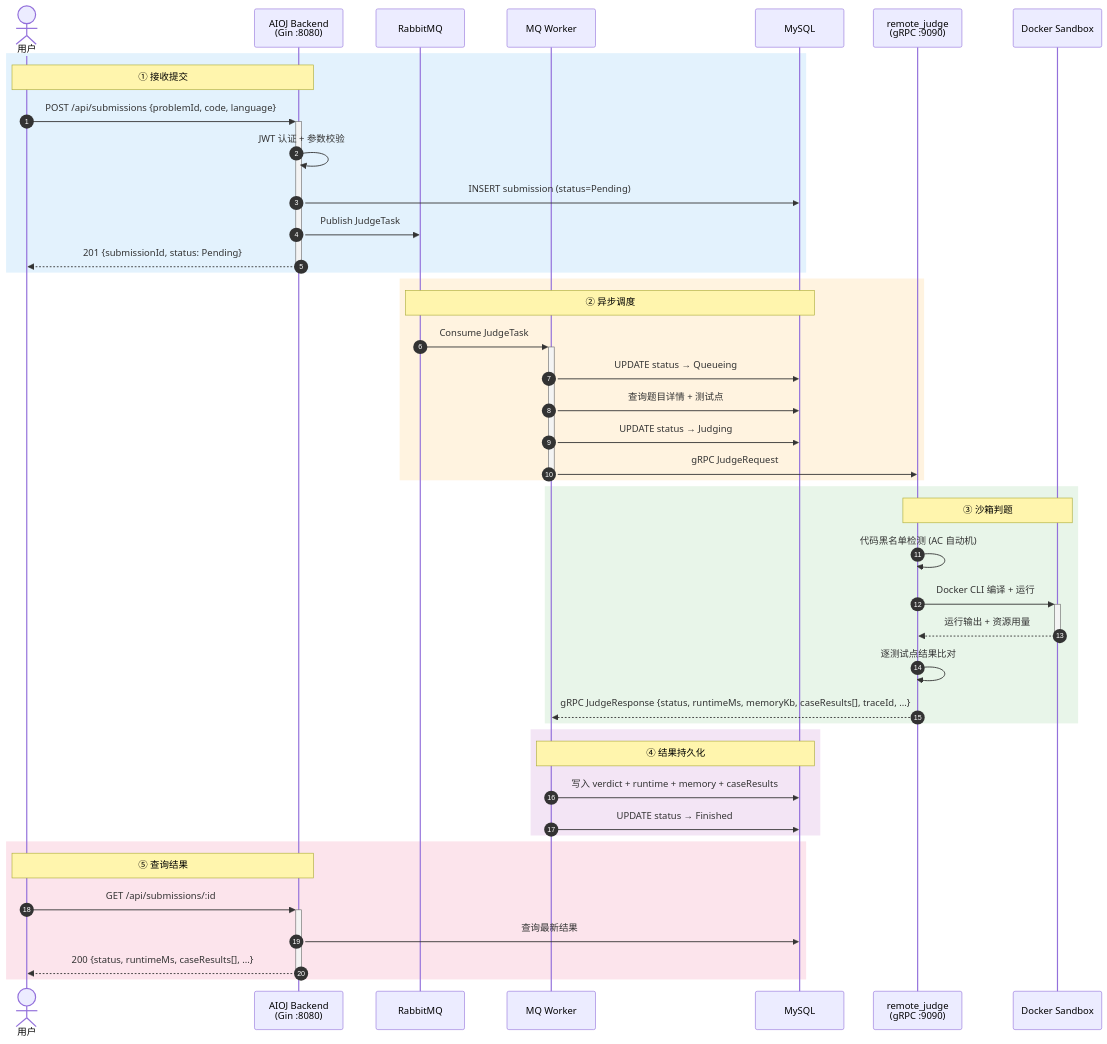
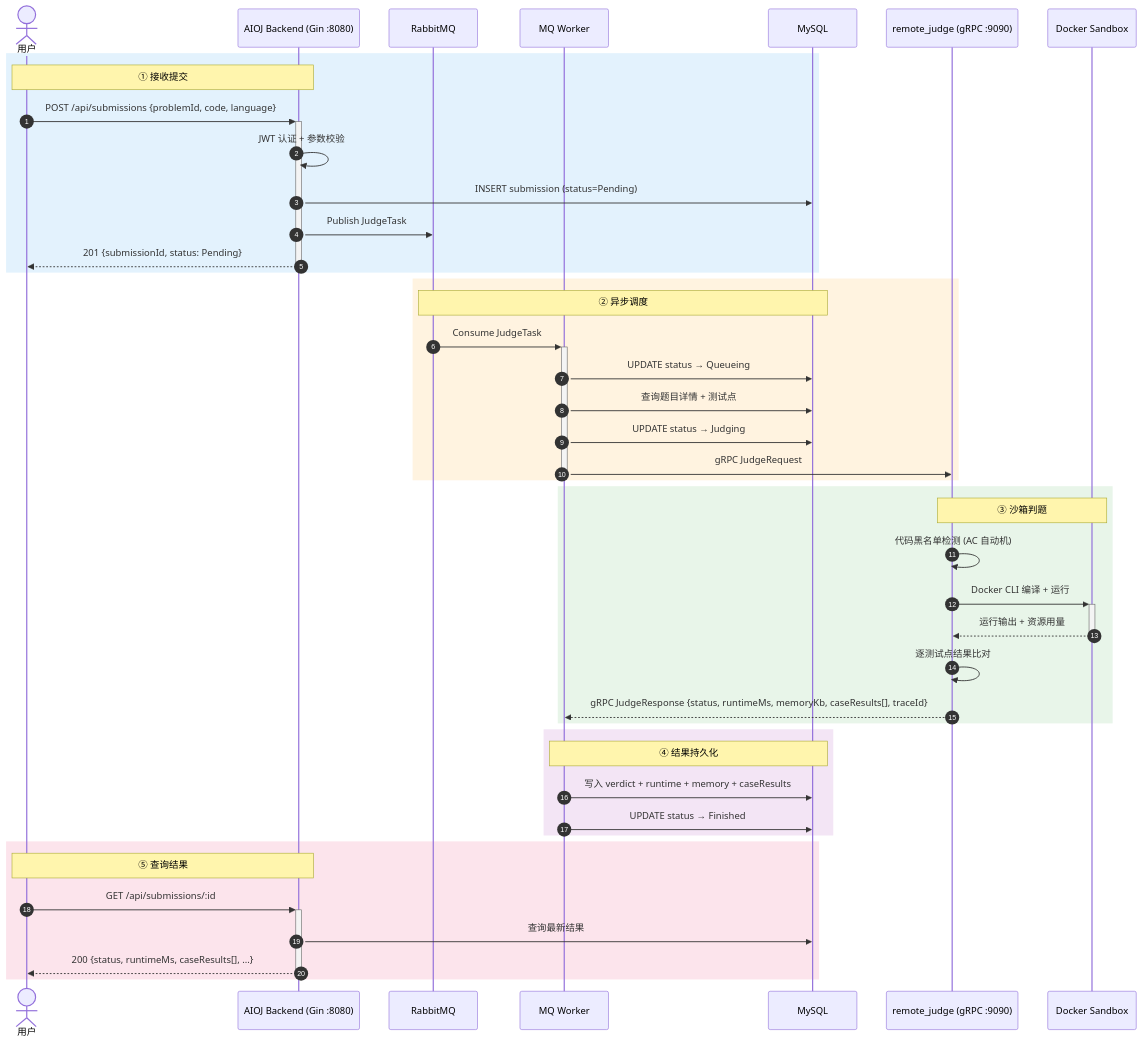
One commit to Yanxueye/AIOJ changed the second of 3 diagrams in README.md. Above: the diagram before and after it, drawn with Mermaid. The commit also changed other lines of this file and 45 other files, not shown here.

````diff
--- a/README.md
+++ b/README.md
@@ -88,52 +89,52 @@
 ```mermaid
 sequenceDiagram
     autonumber
 
     actor User as 用户
-    participant API as AIOJ Backend<br/>(Gin :8080)
+    participant API as AIOJ Backend (Gin :8080)
     participant MQ as RabbitMQ
     participant Worker as MQ Worker
     participant DB as MySQL
-    participant Judger as remote_judge<br/>(gRPC :9090)
+    participant Judger as remote_judge (gRPC :9090)
     participant Sandbox as Docker Sandbox
 
     rect rgb(227, 242, 253)
         Note over User,API: ① 接收提交
         User->>+API: POST /api/submissions {problemId, code, language}
         API->>API: JWT 认证 + 参数校验
         API->>DB: INSERT submission (status=Pending)
         API->>MQ: Publish JudgeTask
         API-->>-User: 201 {submissionId, status: Pending}
     end
 
     rect rgb(255, 243, 224)
         Note over MQ,DB: ② 异步调度
         MQ->>+Worker: Consume JudgeTask
         Worker->>DB: UPDATE status → Queueing
         Worker->>DB: 查询题目详情 + 测试点
         Worker->>DB: UPDATE status → Judging
         Worker->>-Judger: gRPC JudgeRequest
     end
 
     rect rgb(232, 245, 233)
         Note over Judger,Sandbox: ③ 沙箱判题
         Judger->>Judger: 代码黑名单检测 (AC 自动机)
         Judger->>+Sandbox: Docker CLI 编译 + 运行
         Sandbox-->>-Judger: 运行输出 + 资源用量
         Judger->>Judger: 逐测试点结果比对
-        Judger-->>Worker: gRPC JudgeResponse {status, runtimeMs, memoryKb, caseResults[], traceId, ...}
+        Judger-->>Worker: gRPC JudgeResponse {status, runtimeMs, memoryKb, caseResults[], traceId}
     end
 
     rect rgb(243, 229, 245)
         Note over Worker,DB: ④ 结果持久化
         Worker->>DB: 写入 verdict + runtime + memory + caseResults
         Worker->>DB: UPDATE status → Finished
     end
 
     rect rgb(252, 228, 236)
         Note over User,API: ⑤ 查询结果
         User->>+API: GET /api/submissions/:id
         API->>DB: 查询最新结果
         API-->>-User: 200 {status, runtimeMs, caseResults[], ...}
     end
 ```
````
